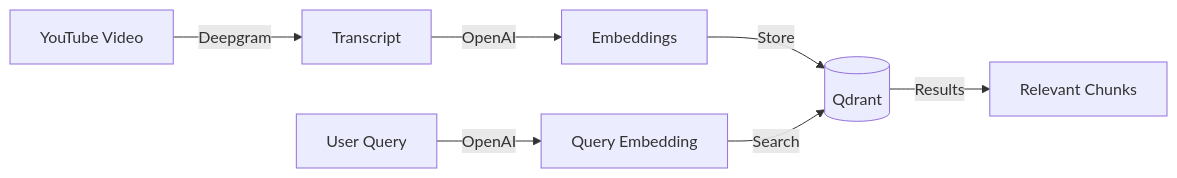
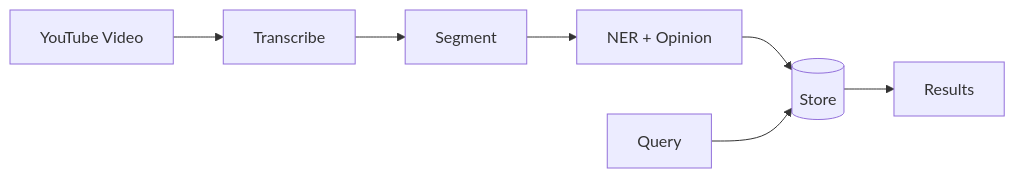
Before and after one commit to dremdem/media_rag_pipeline: the first of 2 diagrams in docs/ARCHITECTURE.md, drawn with Mermaid. The commit also changed other lines of this file and 5 other files, not shown here.

````diff
--- a/docs/ARCHITECTURE.md
+++ b/docs/ARCHITECTURE.md
@@ -27,9 +23,9 @@
 ```mermaid
 graph LR
-    A[YouTube Video] -->|Deepgram| B[Transcript]
-    B -->|OpenAI| C[Embeddings]
-    C -->|Store| D[(Qdrant)]
-    E[User Query] -->|OpenAI| F[Query Embedding]
-    F -->|Search| D
-    D -->|Results| G[Relevant Chunks]
+    A[YouTube Video] --> B[Transcribe]
+    B --> C[Segment]
+    C --> D[NER + Opinion]
+    D --> E[(Store)]
+    F[Query] --> E
+    E --> G[Results]
 ```
````
